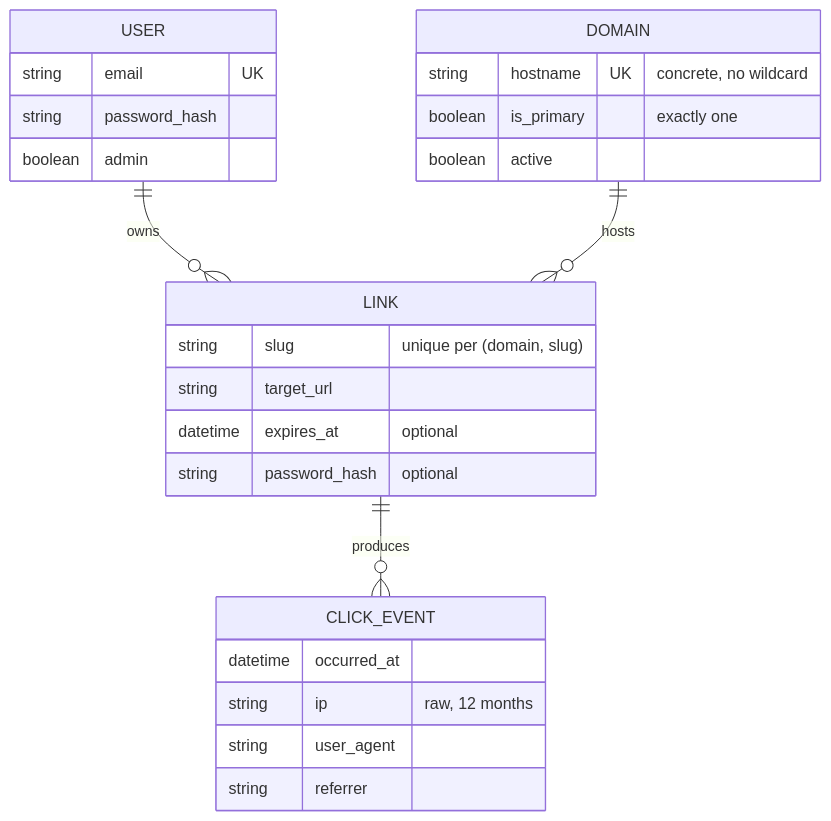
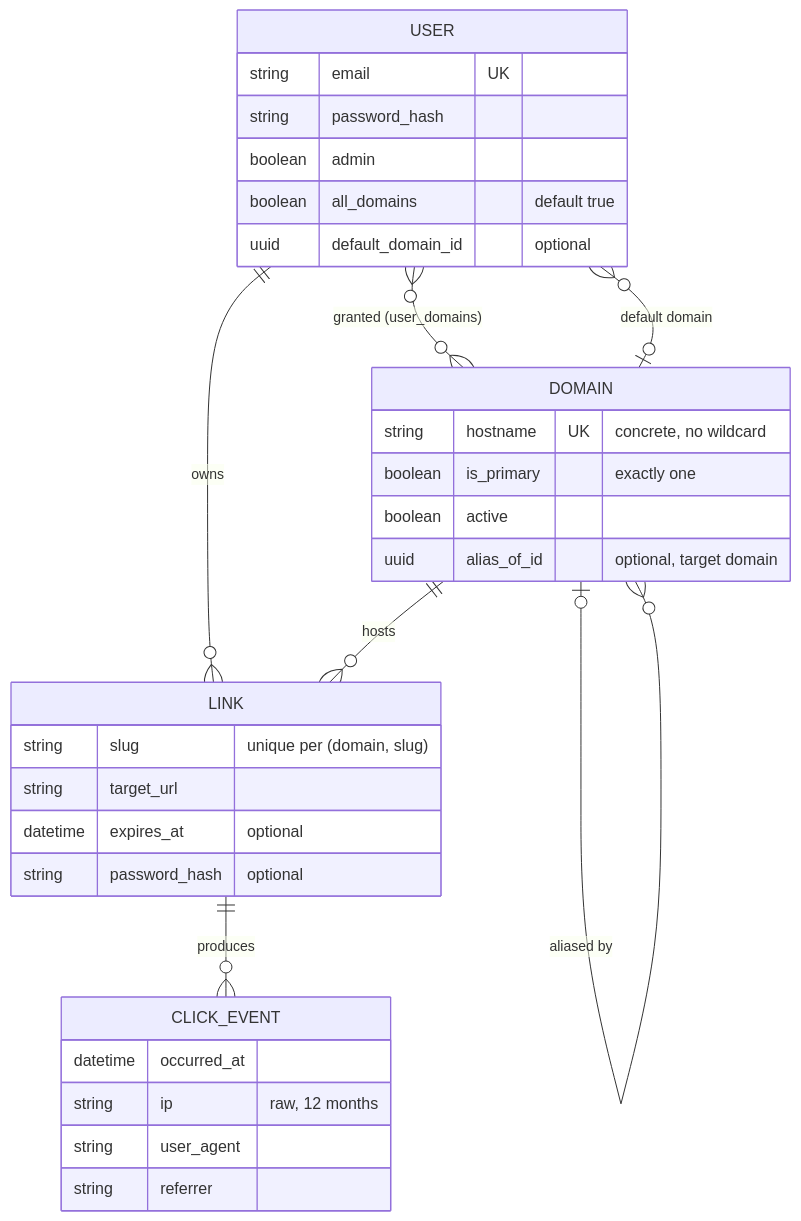
The diagram in docs/DOMAIN_MODEL.md (styliteag/orbit-ly), drawn with Mermaid before and after one commit. The commit also changed other lines of this file and 21 other files, not shown here.

Commit message:
feat: alias domains, per-user domain access and default domain

````diff
--- a/docs/DOMAIN_MODEL.md
+++ b/docs/DOMAIN_MODEL.md
@@ -7,29 +7,35 @@
 ```mermaid
 erDiagram
     USER ||--o{ LINK : owns
     DOMAIN ||--o{ LINK : "hosts"
+    DOMAIN |o--o{ DOMAIN : "aliased by"
+    USER }o--o{ DOMAIN : "granted (user_domains)"
+    USER }o--o| DOMAIN : "default domain"
     LINK ||--o{ CLICK_EVENT : "produces"
 
     USER {
         string email UK
         string password_hash
         boolean admin
+        boolean all_domains "default true"
+        uuid default_domain_id "optional"
     }
     DOMAIN {
         string hostname UK "concrete, no wildcard"
         boolean is_primary "exactly one"
         boolean active
+        uuid alias_of_id "optional, target domain"
     }
     LINK {
         string slug "unique per (domain, slug)"
         string target_url
         datetime expires_at "optional"
         string password_hash "optional"
     }
     CLICK_EVENT {
         datetime occurred_at
         string ip "raw, 12 months"
         string user_agent
         string referrer
     }
 ```
````
